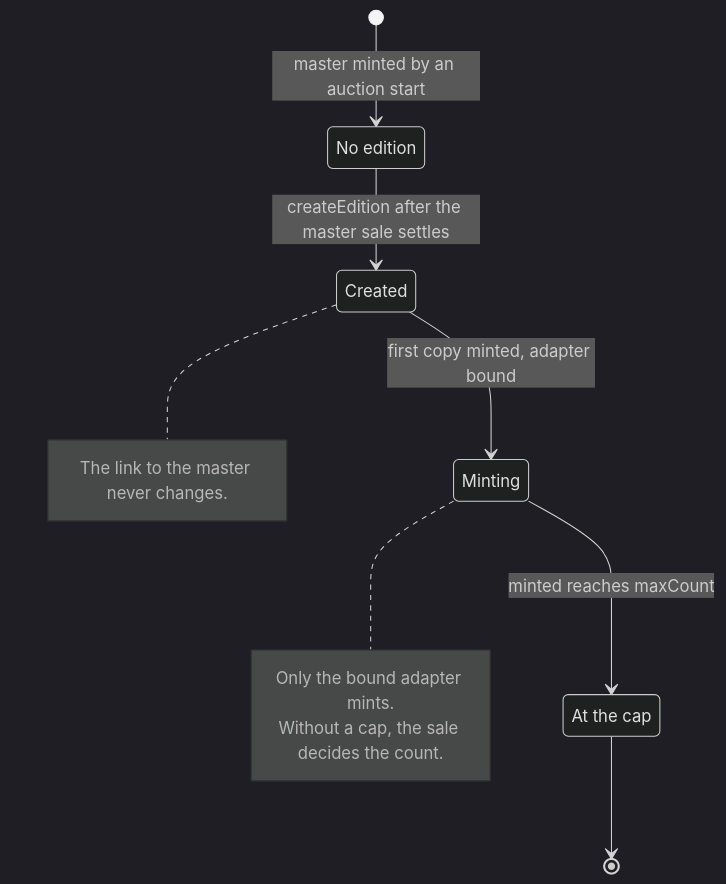
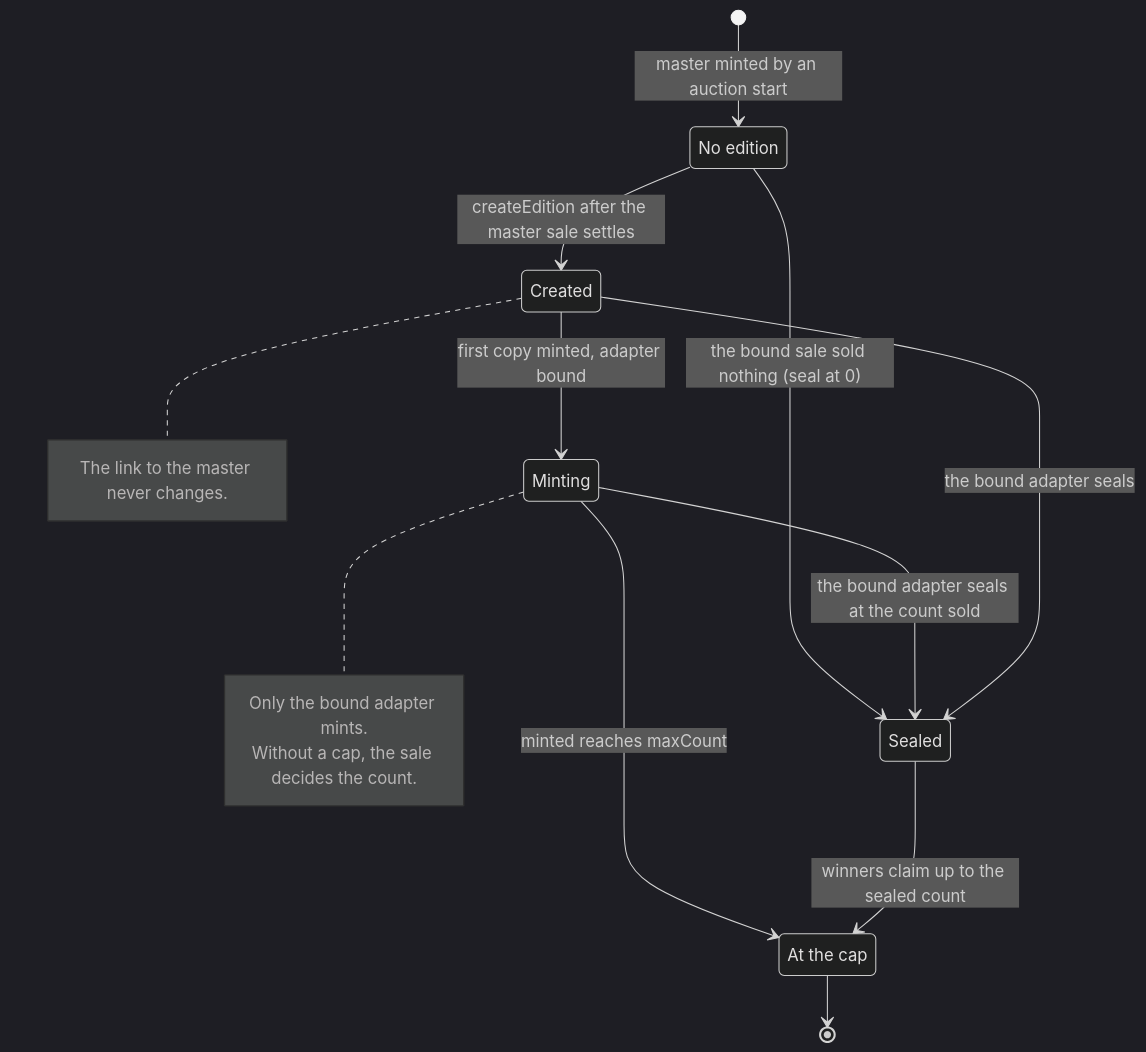
One commit to 6529-Collections/6529-works changed the first of 9 diagrams in docs/spec/editions-and-sales.md. Above: the diagram before and after it, drawn with Mermaid (dark theme). The commit also changed other lines of this file and 369 other files, not shown here.

````diff
--- a/docs/spec/editions-and-sales.md
+++ b/docs/spec/editions-and-sales.md
@@ -319,17 +368,21 @@
 ```mermaid
 stateDiagram-v2
     state "No edition" as NoEdition
     state "At the cap" as AtCap
     [*] --> NoEdition : master minted by an auction start
     NoEdition --> Created : createEdition after the master sale settles
+    NoEdition --> Sealed : the bound sale sold nothing (seal at 0)
     Created --> Minting : first copy minted, adapter bound
+    Minting --> Sealed : the bound adapter seals at the count sold
+    Created --> Sealed : the bound adapter seals
     Minting --> AtCap : minted reaches maxCount
+    Sealed --> AtCap : winners claim up to the sealed count
     AtCap --> [*]
     note right of Created
         The link to the master never changes.
     end note
     note right of Minting
         Only the bound adapter mints.
         Without a cap, the sale decides the count.
     end note
 ```
````
